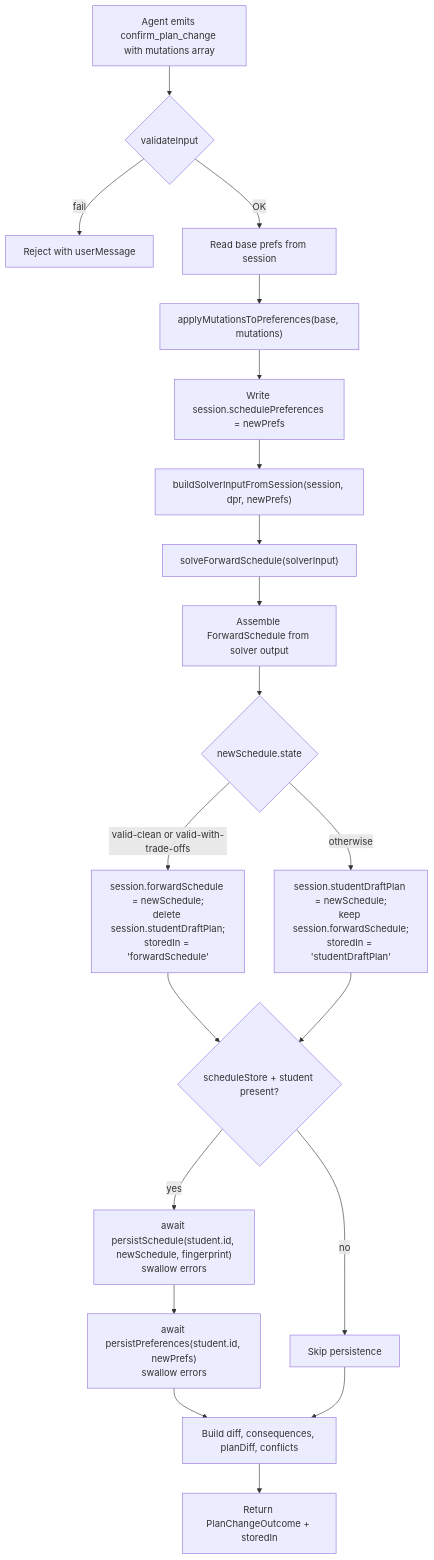
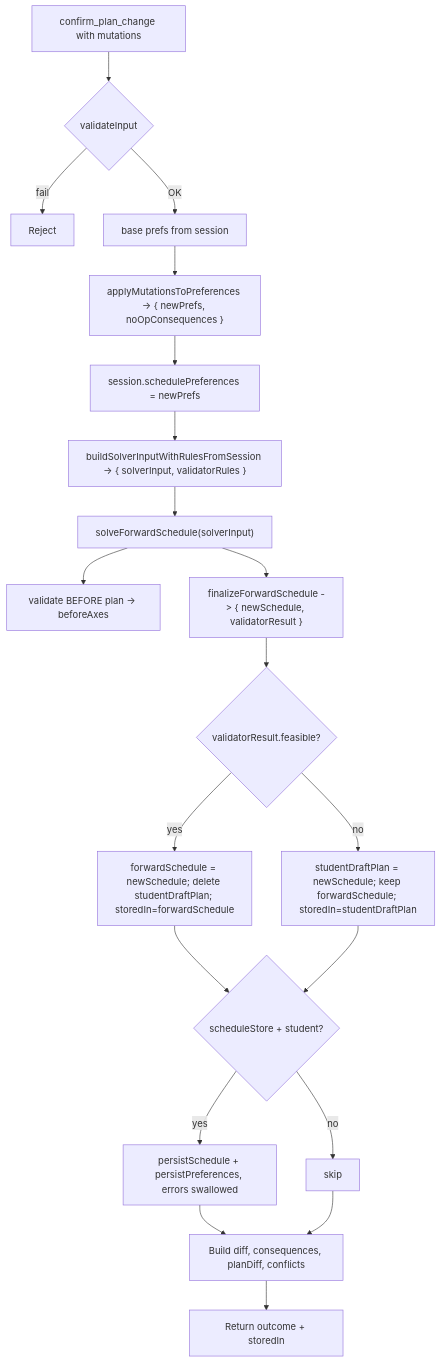
One commit to EdoardoMongardi/NYU_Path changed the second of 2 diagrams in Docs/current-system/tools/confirm_plan_change.md. Above: the diagram before and after it, drawn with Mermaid. The commit also changed other lines of this file and 73 other files, not shown here.

````diff
--- a/Docs/current-system/tools/confirm_plan_change.md
+++ b/Docs/current-system/tools/confirm_plan_change.md
@@ -102,22 +83,22 @@
 ```mermaid
 flowchart TD
-    A[Agent emits confirm_plan_change with mutations array] --> B{validateInput}
-    B -- fail --> Bx[Reject with userMessage]
-    B -- OK --> C[Read base prefs from session]
-    C --> D["applyMutationsToPreferences(base, mutations)"]
-    D --> E[Write session.schedulePreferences = newPrefs]
-    E --> F["buildSolverInputFromSession(session, dpr, newPrefs)"]
+    A[confirm_plan_change with mutations] --> B{validateInput}
+    B -- fail --> Bx[Reject]
+    B -- OK --> C[base prefs from session]
+    C --> D["applyMutationsToPreferences -> { newPrefs, noOpConsequences }"]
+    D --> E[session.schedulePreferences = newPrefs]
+    E --> F["buildSolverInputWithRulesFromSession -> { solverInput, validatorRules }"]
     F --> G["solveForwardSchedule(solverInput)"]
-    G --> H[Assemble ForwardSchedule from solver output]
-    H --> I{newSchedule.state}
-    I -- valid-clean or valid-with-trade-offs --> J["session.forwardSchedule = newSchedule;<br/>delete session.studentDraftPlan;<br/>storedIn = 'forwardSchedule'"]
-    I -- otherwise --> K["session.studentDraftPlan = newSchedule;<br/>keep session.forwardSchedule;<br/>storedIn = 'studentDraftPlan'"]
-    J --> L{scheduleStore + student present?}
-    K --> L
-    L -- yes --> M["await persistSchedule(student.id, newSchedule, fingerprint)<br/>swallow errors"]
-    M --> N["await persistPreferences(student.id, newPrefs)<br/>swallow errors"]
-    L -- no --> O[Skip persistence]
-    N --> P
+    G --> H["validate BEFORE plan -> beforeAxes"]
+    G --> I["finalizeForwardSchedule -> { newSchedule, validatorResult }"]
+    I --> J{validatorResult.feasible?}
+    J -- yes --> K[forwardSchedule = newSchedule; delete studentDraftPlan; storedIn=forwardSchedule]
+    J -- no --> L[studentDraftPlan = newSchedule; keep forwardSchedule; storedIn=studentDraftPlan]
+    K --> M{scheduleStore + student?}
+    L --> M
+    M -- yes --> N[persistSchedule + persistPreferences, errors swallowed]
+    M -- no --> O[skip]
+    N --> P[Build diff, consequences, planDiff, conflicts]
     O --> P
-    P[Build diff, consequences, planDiff, conflicts] --> Q[Return PlanChangeOutcome + storedIn]
+    P --> Q[Return outcome + storedIn]
 ```
````
